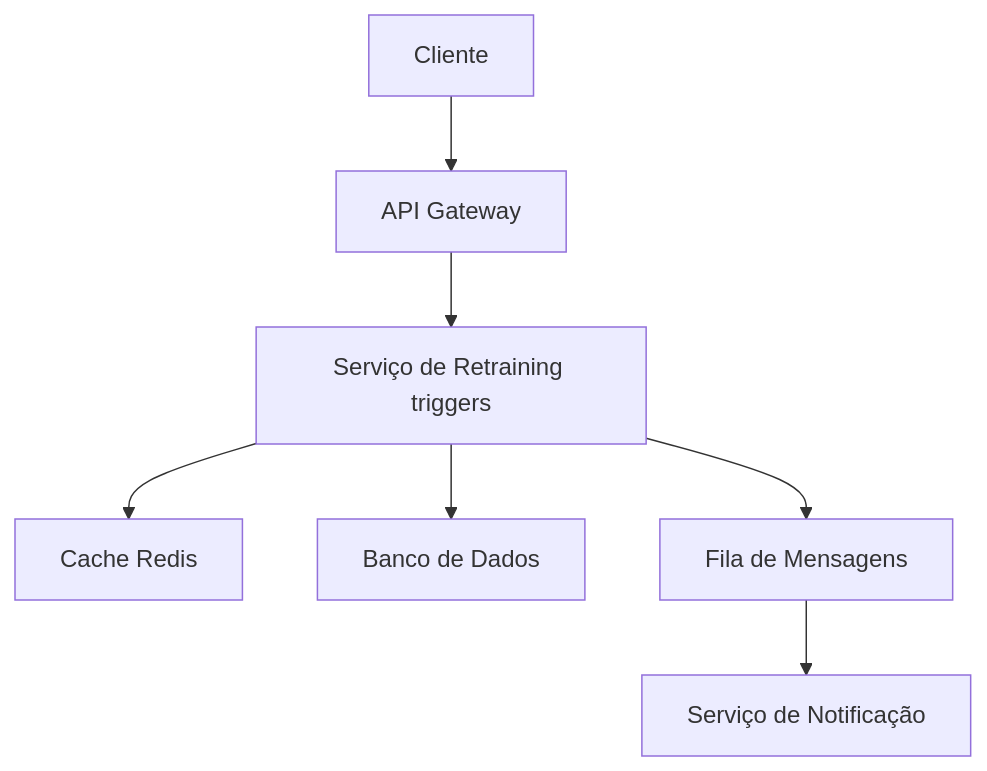
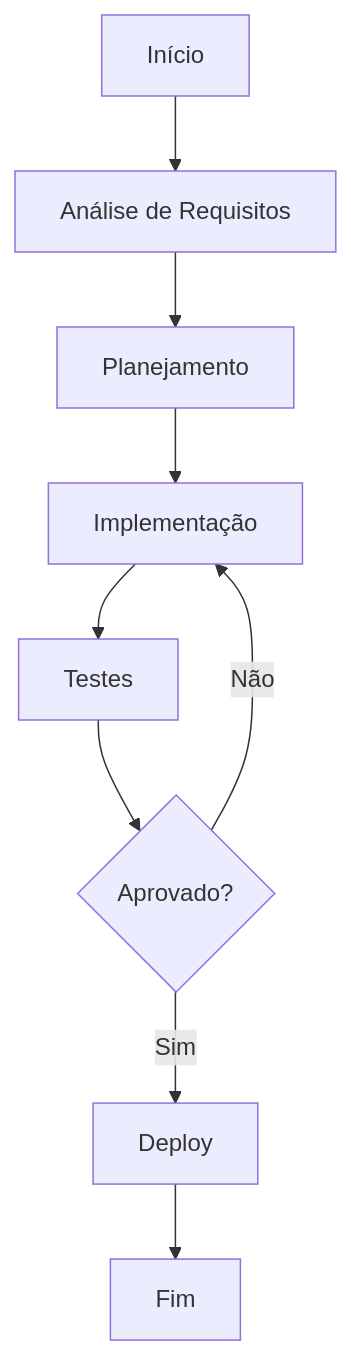
Before and after one commit to aleemerich/corp-kb-ai-benchmark: the diagram in 01-produtos/ai-assistant-airich/retraining-triggers-0141.md, drawn with Mermaid. The commit also changed other lines of this file and 2492 other files, not shown here.

````diff
--- a/01-produtos/ai-assistant-airich/retraining-triggers-0141.md
+++ b/01-produtos/ai-assistant-airich/retraining-triggers-0141.md
@@ -47,9 +15,11 @@
 ```mermaid
-graph TD
-    A[Cliente] --> B[API Gateway]
-    B --> C[Serviço de Retraining triggers]
-    C --> D[Cache Redis]
-    C --> E[Banco de Dados]
-    C --> F[Fila de Mensagens]
-    F --> G[Serviço de Notificação]
+flowchart TD
+    A[Início] --> B[Análise de Requisitos]
+    B --> C[Planejamento]
+    C --> D[Implementação]
+    D --> E[Testes]
+    E --> F{Aprovado?}
+    F -->|Sim| G[Deploy]
+    F -->|Não| D
+    G --> H[Fim]
 ```
````
